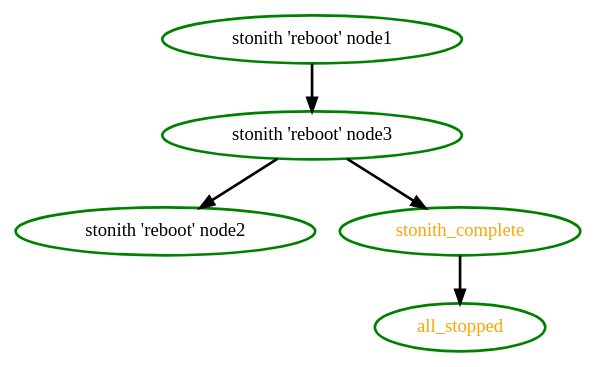
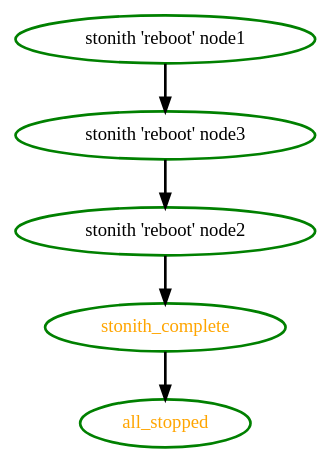
One commit to ClusterLabs/pacemaker changed the diagram in pengine/test10/rec-node-14.dot. Above: the diagram before and after it, drawn with Graphviz. The commit also changed 13 other files, not shown here.

```diff
--- a/pengine/test10/rec-node-14.dot
+++ b/pengine/test10/rec-node-14.dot
@@ -1,11 +1,11 @@
  digraph "g" {
 "all_stopped" [ style=bold color="green" fontcolor="orange" ]
 "stonith 'reboot' node1" -> "stonith 'reboot' node3" [ style = bold]
 "stonith 'reboot' node1" [ style=bold color="green" fontcolor="black"]
+"stonith 'reboot' node2" -> "stonith_complete" [ style = bold]
 "stonith 'reboot' node2" [ style=bold color="green" fontcolor="black"]
 "stonith 'reboot' node3" -> "stonith 'reboot' node2" [ style = bold]
-"stonith 'reboot' node3" -> "stonith_complete" [ style = bold]
 "stonith 'reboot' node3" [ style=bold color="green" fontcolor="black"]
 "stonith_complete" -> "all_stopped" [ style = bold]
 "stonith_complete" [ style=bold color="green" fontcolor="orange" ]
 }
```
